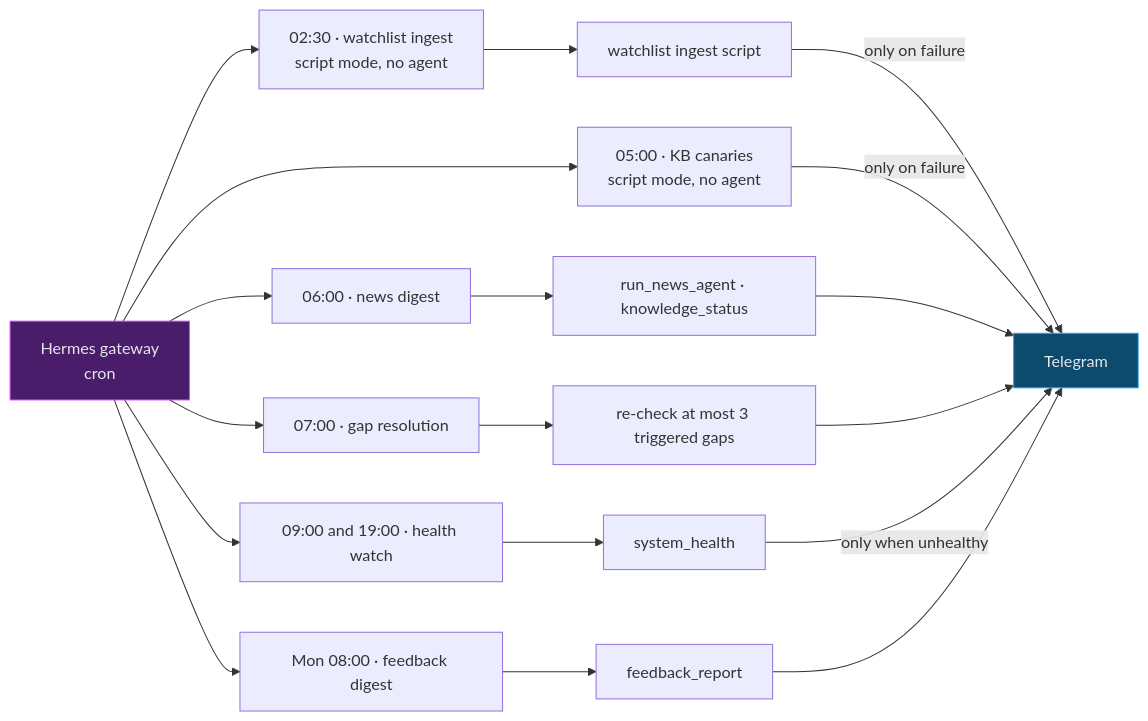
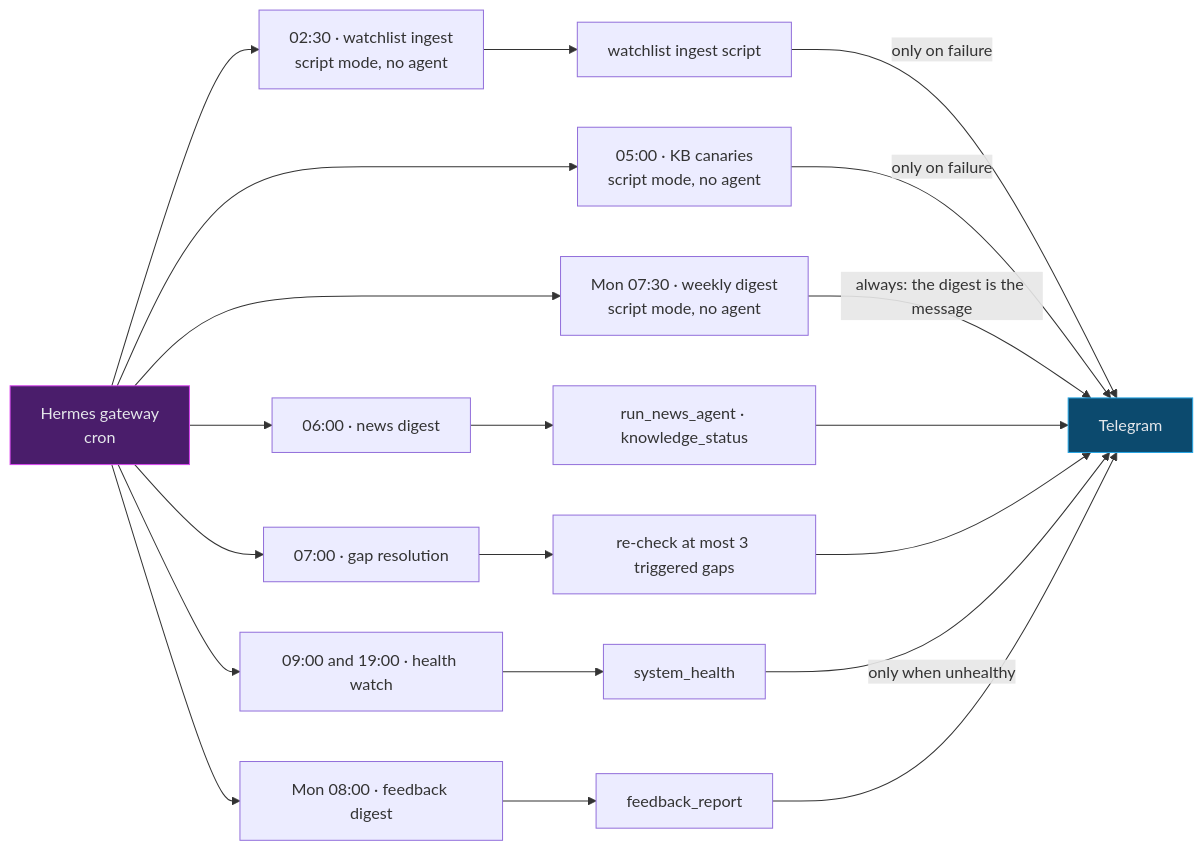
The fifth of 13 diagrams in README.md (sebdallais-git/PharmaIT_Chat_and_Digest), drawn with Mermaid before and after one commit. The commit also changed other lines of this file and 19 other files, not shown here.

````diff
--- a/README.md
+++ b/README.md
@@ -206,23 +207,25 @@
 ```mermaid
 flowchart LR
     H["Hermes gateway<br/>cron"] --> WL["02:30 · watchlist ingest<br/>script mode, no agent"]
     H --> KC["05:00 · KB canaries<br/>script mode, no agent"]
+    H --> WD["Mon 07:30 · weekly digest<br/>script mode, no agent"]
     H --> ND["06:00 · news digest"]
     H --> GR["07:00 · gap resolution"]
     H --> HW["09:00 and 19:00 · health watch"]
     H --> FD["Mon 08:00 · feedback digest"]
     WL --> WI["watchlist ingest script"]
     ND --> T1["run_news_agent · knowledge_status"]
     GR --> T2["re-check at most 3 triggered gaps"]
     HW --> T3["system_health"]
     FD --> T4["feedback_report"]
     WI -- "only on failure" --> TG["Telegram"]
     KC -- "only on failure" --> TG
+    WD -- "always: the digest is the message" --> TG
     T1 --> TG
     T2 --> TG
     T3 -- "only when unhealthy" --> TG
     T4 --> TG
 
     style H fill:#4a1d6b,stroke:#d946ef,color:#e5e7eb
     style TG fill:#0c4a6e,stroke:#26A5E4,color:#e5e7eb
 ```
````
